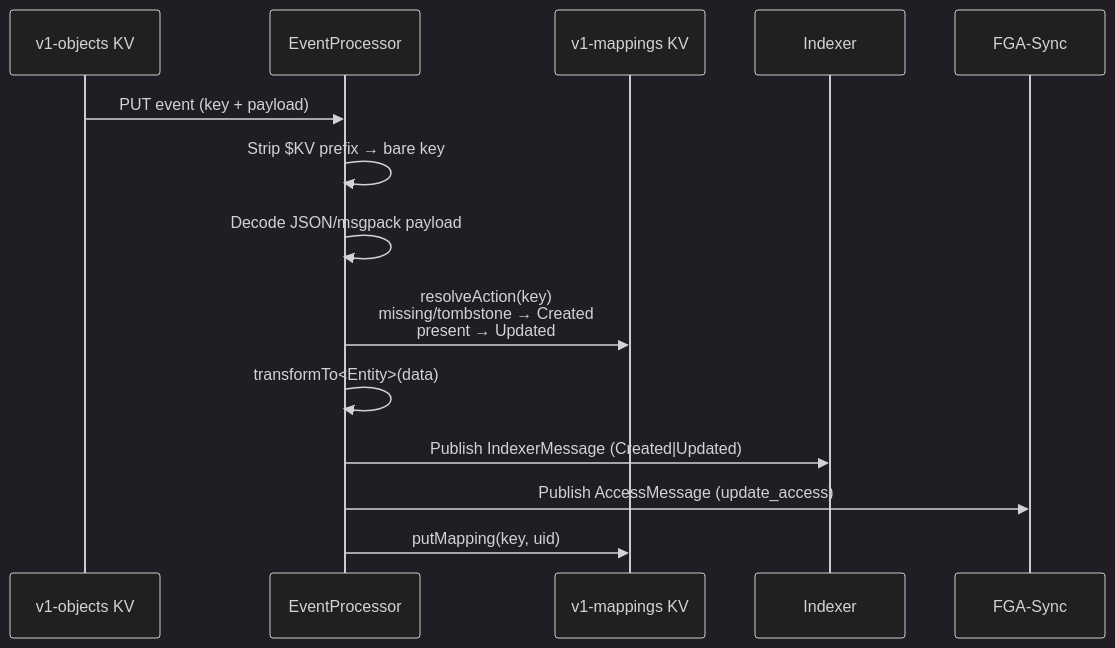
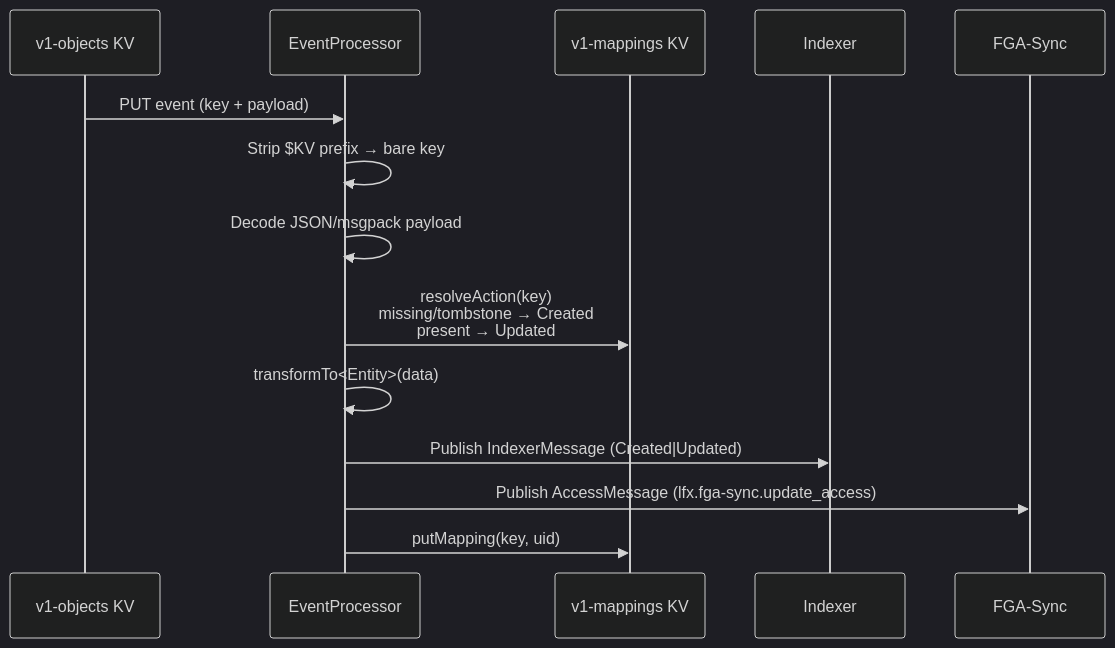
One commit to linuxfoundation/lfx-v2-mailing-list-service changed the second of 5 diagrams in docs/event-processing.md. Above: the diagram before and after it, drawn with Mermaid (dark theme). The commit also changed other lines of this file, not shown here.

First line of the commit message:
[LFFXV2-1607] update event-processing.md to use current fga-sync subjects

````diff
--- a/docs/event-processing.md
+++ b/docs/event-processing.md
@@ -47,17 +47,17 @@
 ```mermaid
 sequenceDiagram
     participant KV as v1-objects KV
     participant EP as EventProcessor
     participant MP as v1-mappings KV
     participant IDX as Indexer
     participant FGA as FGA-Sync
 
     KV->>EP: PUT event (key + payload)
     EP->>EP: Strip $KV prefix → bare key
     EP->>EP: Decode JSON/msgpack payload
     EP->>MP: resolveAction(key)<br/>missing/tombstone → Created<br/>present → Updated
     EP->>EP: transformTo<Entity>(data)
     EP->>IDX: Publish IndexerMessage (Created|Updated)
-    EP->>FGA: Publish AccessMessage (update_access)
+    EP->>FGA: Publish AccessMessage (lfx.fga-sync.update_access)
     EP->>MP: putMapping(key, uid)
 ```
````
